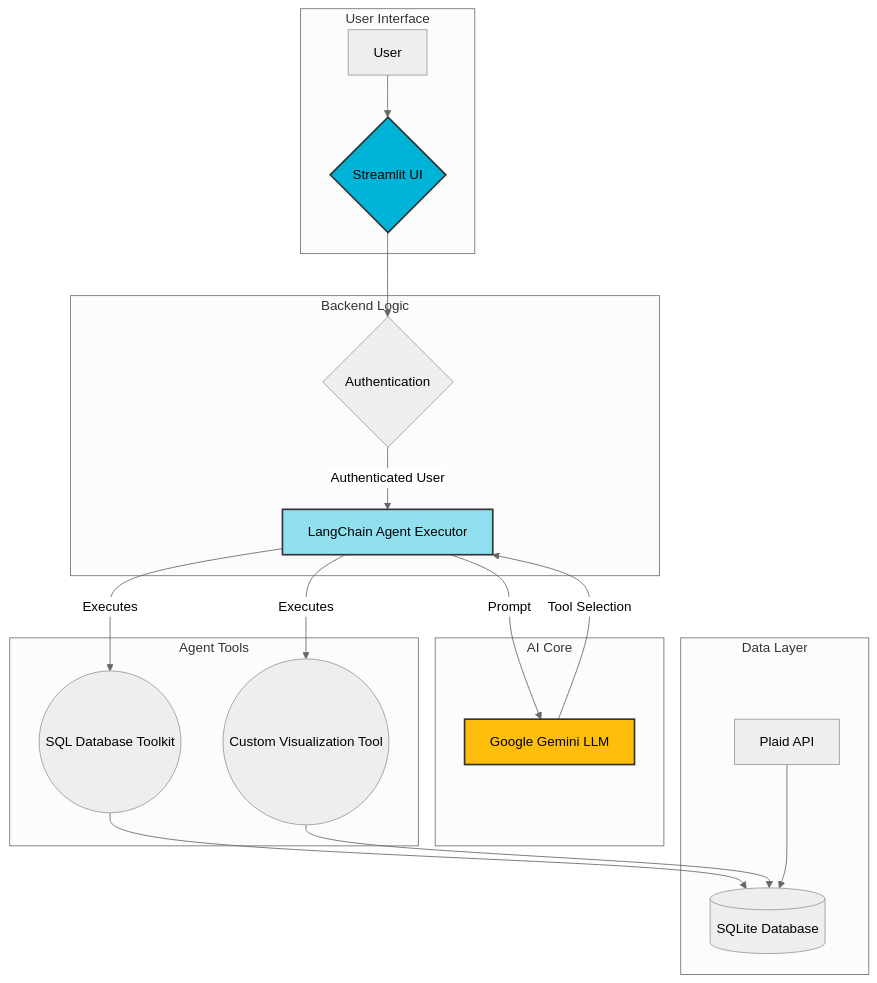
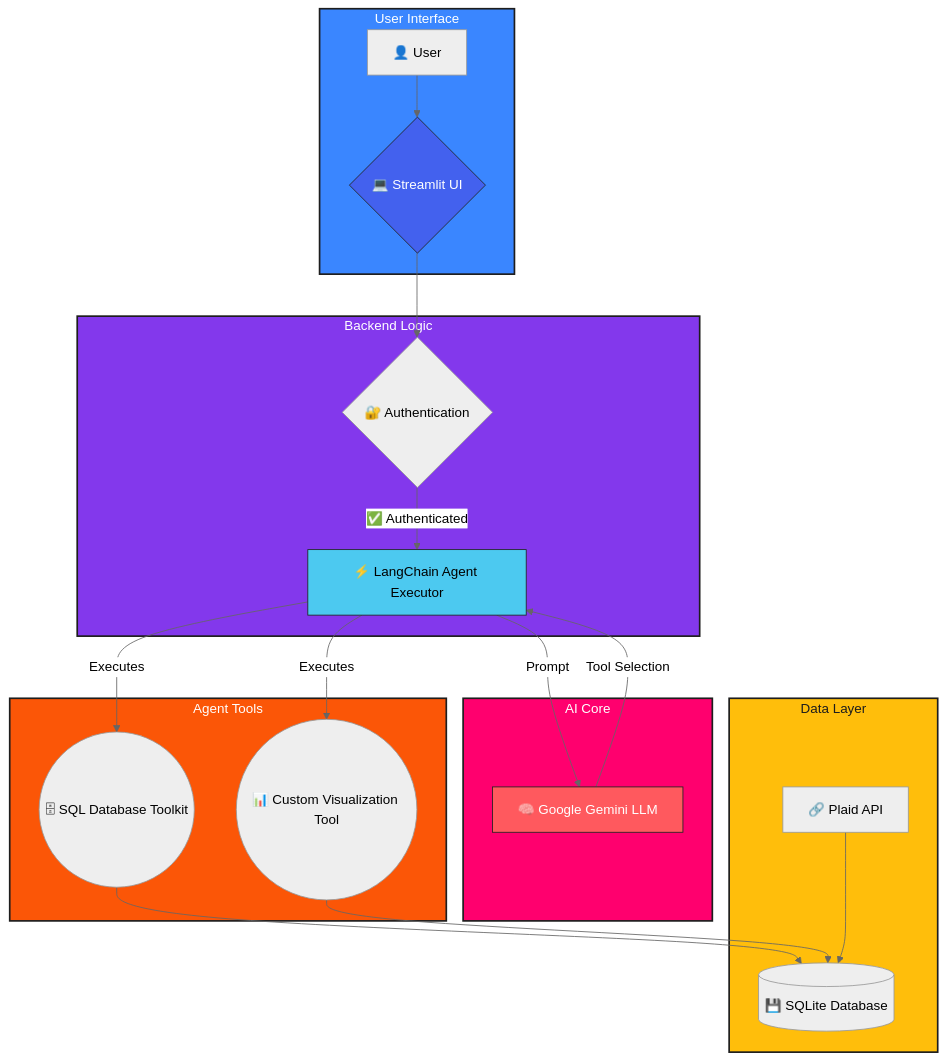
The diagram in README.md (RohanThawait/FinancialAgent), drawn with Mermaid (neutral theme) before and after one commit.

`````diff
--- a/README.md
+++ b/README.md
@@ -22,31 +22,44 @@
 ```mermaid
 graph TD
-    subgraph User Interface
-        A[User] --> B{Streamlit UI};
+    %% ==== USER INTERFACE ====
+    subgraph UI[User Interface]
+        A[👤 User] --> B{💻 Streamlit UI};
     end
 
-    subgraph Backend Logic
-        B --> C{Authentication};
-        C -- Authenticated User --> D[LangChain Agent Executor];
+    %% ==== BACKEND LOGIC ====
+    subgraph Backend[Backend Logic]
+        B --> C{🔐 Authentication};
+        C -- ✅ Authenticated --> D[⚡ LangChain Agent Executor];
     end
 
-    subgraph AI Core
-        D -- Prompt --> E[Google Gemini LLM];
+    %% ==== AI CORE ====
+    subgraph AI[AI Core]
+        D -- Prompt --> E[🧠 Google Gemini LLM];
         E -- Tool Selection --> D;
     end
 
-    subgraph Agent Tools
-        D -- Executes --> F((SQL Database Toolkit));
-        D -- Executes --> G((Custom Visualization Tool));
+    %% ==== TOOLS ====
+    subgraph Tools[Agent Tools]
+        D -- Executes --> F((🗄 SQL Database Toolkit));
+        D -- Executes --> G((📊 Custom Visualization Tool));
     end
 
-    subgraph Data Layer
-        F --> H[(SQLite Database)];
+    %% ==== DATA LAYER ====
+    subgraph Data[Data Layer]
+        F --> H[(💾 SQLite Database)];
         G --> H;
-        I[Plaid API] --> H;
+        I[🔗 Plaid API] --> H;
     end
 
-    style B fill:#00b4d8,stroke:#333,stroke-width:2px;
-    style D fill:#90e0ef,stroke:#333,stroke-width:2px;
-    style E fill:#ffbe0b,stroke:#333,stroke-width:2px;
+    %% ==== STYLING ====
+    style UI fill:#3a86ff,stroke:#1d1d1d,stroke-width:2px,color:#fff
+    style Backend fill:#8338ec,stroke:#1d1d1d,stroke-width:2px,color:#fff
+    style AI fill:#ff006e,stroke:#1d1d1d,stroke-width:2px,color:#fff
+    style Tools fill:#fb5607,stroke:#1d1d1d,stroke-width:2px,color:#fff
+    style Data fill:#ffbe0b,stroke:#1d1d1d,stroke-width:2px,color:#1d1d1d
+
+    %% Highlight Key Nodes
+    style B fill:#4361ee,stroke:#222,color:#fff
+    style D fill:#4cc9f0,stroke:#222,color:#000
+    style E fill:#ff595e,stroke:#222,color:#fff
 ````
`````
